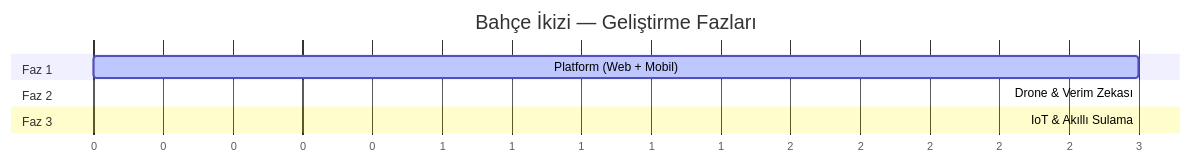
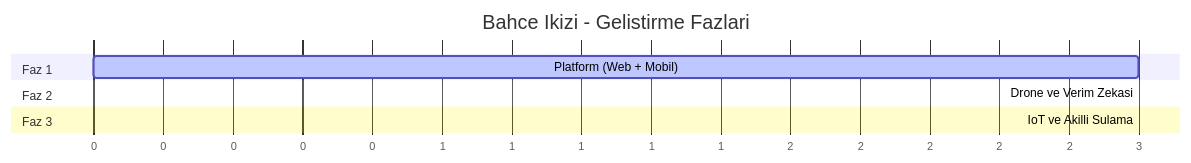
The second of 5 diagrams in README.md (hhalilikurnaz/griOS-Telemetry-System), drawn with Mermaid before and after one commit. The commit also changed other lines of this file, not shown here.

````diff
--- a/README.md
+++ b/README.md
@@ -146,12 +191,12 @@
 ```mermaid
 gantt
-    title Bahçe İkizi — Geliştirme Fazları
+    title Bahce Ikizi - Gelistirme Fazlari
     dateFormat  X
     axisFormat  %s
     section Faz 1
     Platform (Web + Mobil)         :active, f1, 0, 3
     section Faz 2
-    Drone & Verim Zekası           :f2, after f1, 3
+    Drone ve Verim Zekasi          :f2, after f1, 3
     section Faz 3
-    IoT & Akıllı Sulama            :f3, after f2, 3
+    IoT ve Akilli Sulama           :f3, after f2, 3
 ```
````
